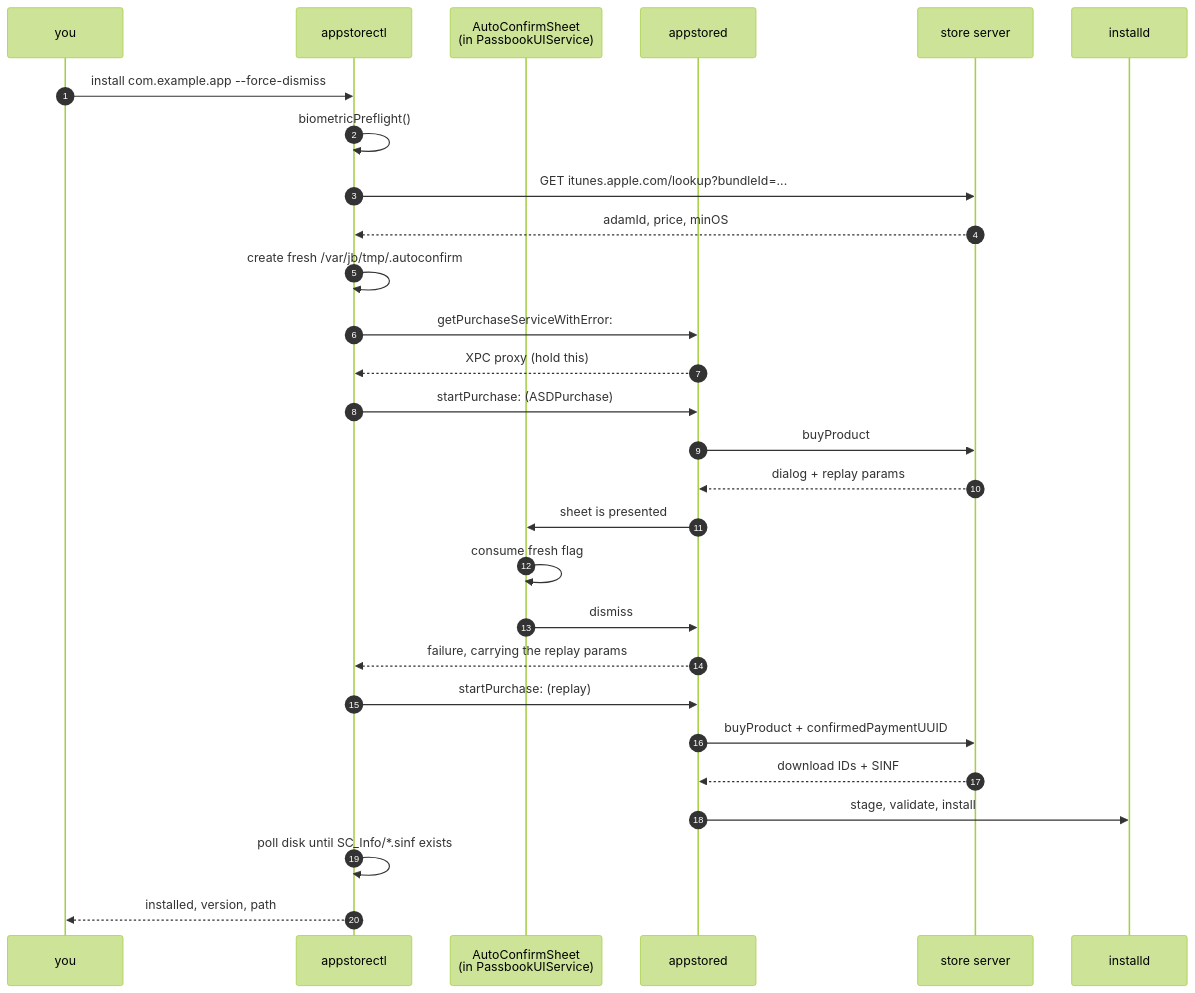
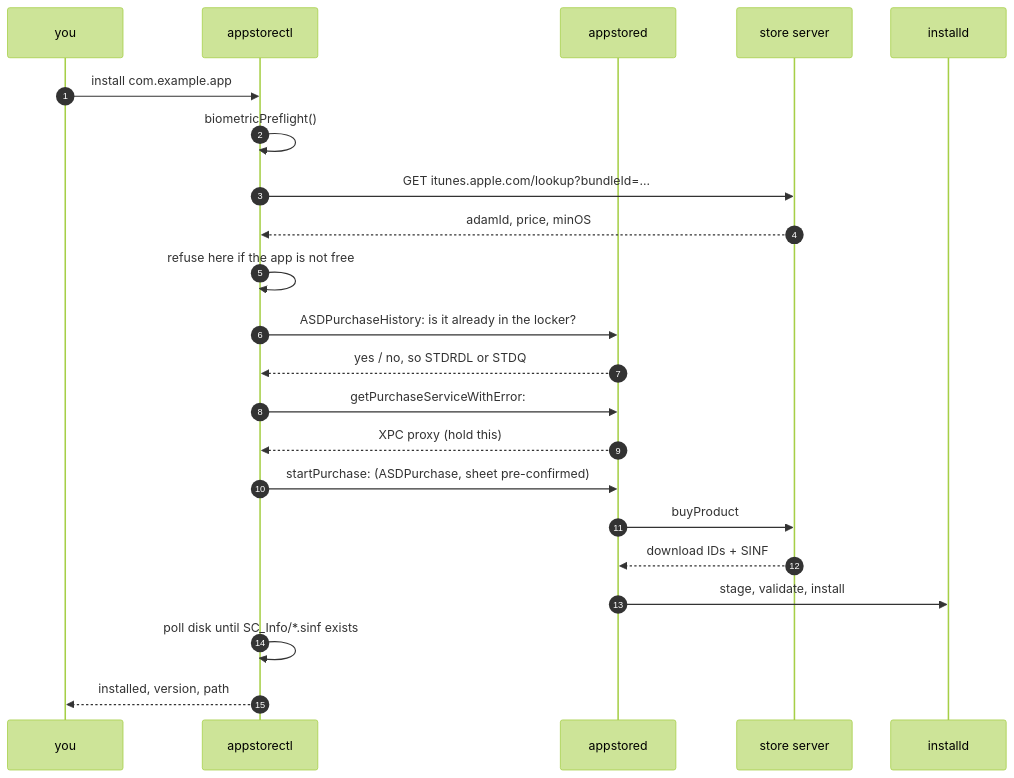
The second of 8 diagrams in docs/HOW-IT-WORKS.md (appknox/appstorectl), drawn with Mermaid (forest theme) before and after one commit. The commit also changed other lines of this file and 4 other files, not shown here.

Commit message:
docs: update internal purchase flow

````diff
--- a/docs/HOW-IT-WORKS.md
+++ b/docs/HOW-IT-WORKS.md
@@ -41,31 +41,25 @@
 ```mermaid
 sequenceDiagram
     autonumber
     participant U as you
     participant C as appstorectl
-    participant W as AutoConfirmSheet<br/>(in PassbookUIService)
     participant A as appstored
     participant S as store server
     participant I as installd
 
-    U->>C: install com.example.app --force-dismiss
+    U->>C: install com.example.app
     C->>C: biometricPreflight()
     C->>S: GET itunes.apple.com/lookup?bundleId=...
     S-->>C: adamId, price, minOS
-    C->>C: create fresh /var/jb/tmp/.autoconfirm
+    C->>C: refuse here if the app is not free
+    C->>A: ASDPurchaseHistory: is it already in the locker?
+    A-->>C: yes / no, so STDRDL or STDQ
     C->>A: getPurchaseServiceWithError:
     A-->>C: XPC proxy (hold this)
-    C->>A: startPurchase: (ASDPurchase)
+    C->>A: startPurchase: (ASDPurchase, sheet pre-confirmed)
     A->>S: buyProduct
-    S-->>A: dialog + replay params
-    A->>W: sheet is presented
-    W->>W: consume fresh flag
-    W->>A: dismiss
-    A-->>C: failure, carrying the replay params
-    C->>A: startPurchase: (replay)
-    A->>S: buyProduct + confirmedPaymentUUID
     S-->>A: download IDs + SINF
     A->>I: stage, validate, install
     C->>C: poll disk until SC_Info/*.sinf exists
     C-->>U: installed, version, path
 ```
````
